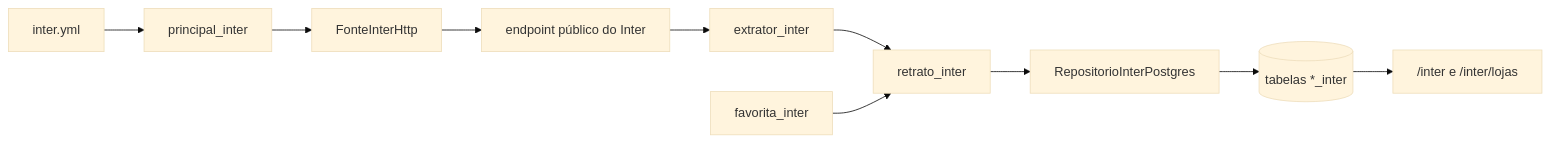
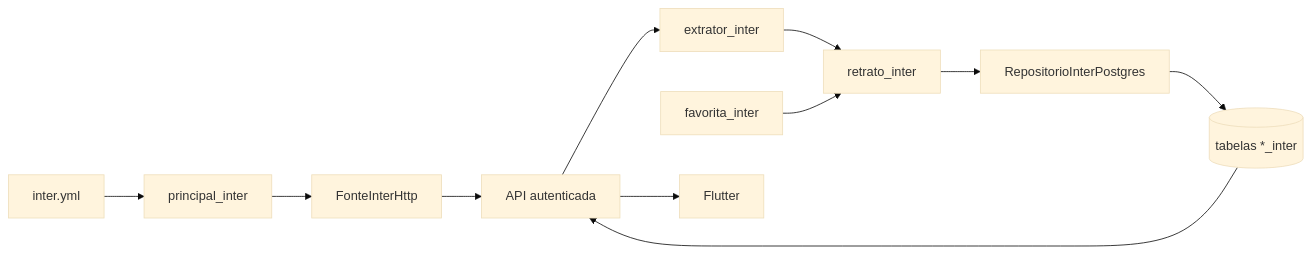
The diagram in docs/prd/PRD-INTER-CASHBACK.md (lacerdaRodrigo/robo-de-produtos), drawn with Mermaid (base theme) before and after one commit. The commit also changed other lines of this file and 29 other files, not shown here.

````diff
--- a/docs/prd/PRD-INTER-CASHBACK.md
+++ b/docs/prd/PRD-INTER-CASHBACK.md
@@ -313,12 +303,13 @@
 ```mermaid
 flowchart LR
     GHA["inter.yml"] --> PI["principal_inter"]
     PI --> HTTP["FonteInterHttp"]
     HTTP --> API["endpoint público do Inter"]
     API --> EXT["extrator_inter"]
     EXT --> RET["retrato_inter"]
     FAV["favorita_inter"] --> RET
     RET --> REP["RepositorioInterPostgres"]
     REP --> DB[("tabelas *_inter")]
-    DB --> SITE["/inter e /inter/lojas"]
+    DB --> API["API autenticada"]
+    API --> APP["Flutter"]
 ```
````
